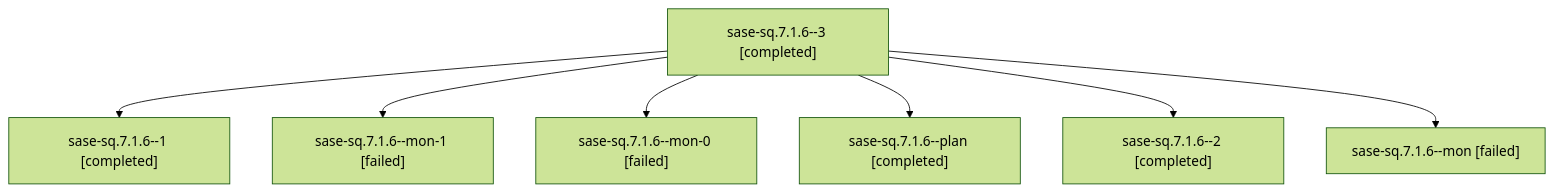
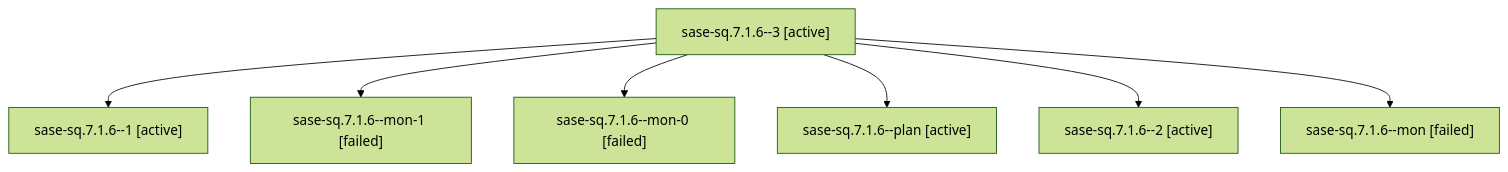
Before and after one commit to sase-org/sase--agents: the diagram in families/bbugyi200.athena.sase-sq.7.1.6.md, drawn with Mermaid (forest theme). The commit also changed other lines of this file and 35830 other files, not shown here.

````diff
--- a/families/bbugyi200.athena.sase-sq.7.1.6.md
+++ b/families/bbugyi200.athena.sase-sq.7.1.6.md
@@ -9,16 +9,16 @@
 ```mermaid
 flowchart TD
-  n0["sase-sq.7.1.6--3 [completed]"]
-  n1["sase-sq.7.1.6--1 [completed]"]
+  n0["sase-sq.7.1.6--3 [active]"]
+  n1["sase-sq.7.1.6--1 [active]"]
   n0 --> n1
   n2["sase-sq.7.1.6--mon-1 [failed]"]
   n0 --> n2
   n3["sase-sq.7.1.6--mon-0 [failed]"]
   n0 --> n3
-  n4["sase-sq.7.1.6--plan [completed]"]
+  n4["sase-sq.7.1.6--plan [active]"]
   n0 --> n4
-  n5["sase-sq.7.1.6--2 [completed]"]
+  n5["sase-sq.7.1.6--2 [active]"]
   n0 --> n5
   n6["sase-sq.7.1.6--mon [failed]"]
   n0 --> n6
 ```
````
